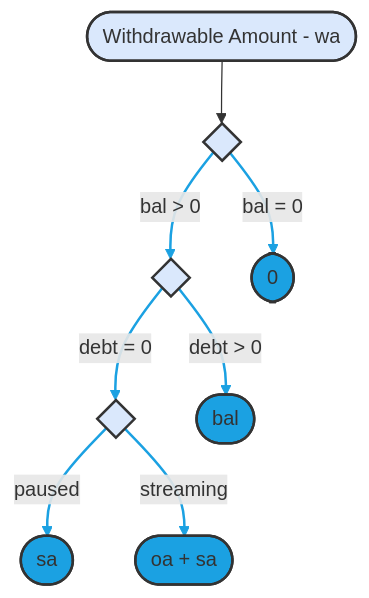
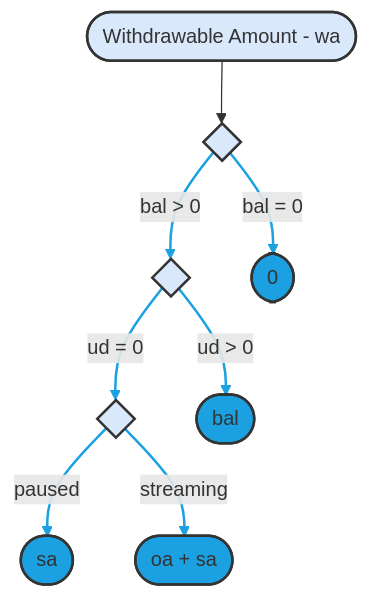
One commit to sablier-labs/flow changed the sixth of 8 diagrams in diagrams.md. Above: the diagram before and after it, drawn with Mermaid. The commit also changed other lines of this file and 51 other files, not shown here.

````diff
--- a/diagrams.md
+++ b/diagrams.md
@@ -195,24 +195,24 @@
 ```mermaid
 flowchart TD
     di0{ }:::blue0
     di1{ }:::blue0
     di2{ }:::blue0
     wa([Withdrawable Amount - wa]):::blue0
     res_0([0 ]):::blue1
     res_bal([bal]):::blue1
     res_ra([sa]):::blue1
     res_sum([oa + sa]):::blue1
 
 
     wa --> di0
     di0 -- "bal = 0" --> res_0
     di0 -- "bal > 0" --> di1
-    di1 -- "debt > 0" --> res_bal
-    di1 -- "debt = 0" --> di2
+    di1 -- "ud > 0" --> res_bal
+    di1 -- "ud = 0" --> di2
     di2 -- "paused" --> res_ra
     di2 -- "streaming" --> res_sum
 
     classDef blue0 fill:#DAE8FC,stroke:#333,stroke-width:2px;
     classDef blue1 fill:#1BA1E2,stroke:#333,stroke-width:2px;
     linkStyle 1,2,3,4,5,6 stroke:#1BA1E2,stroke-width:2px
 ```
````
